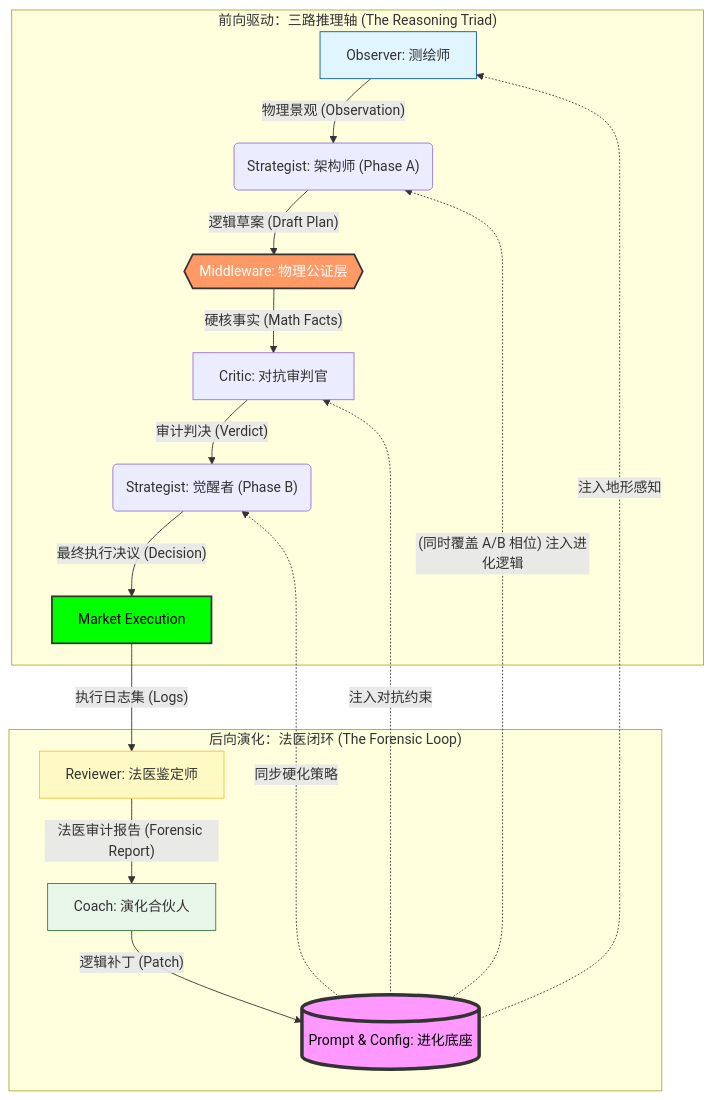
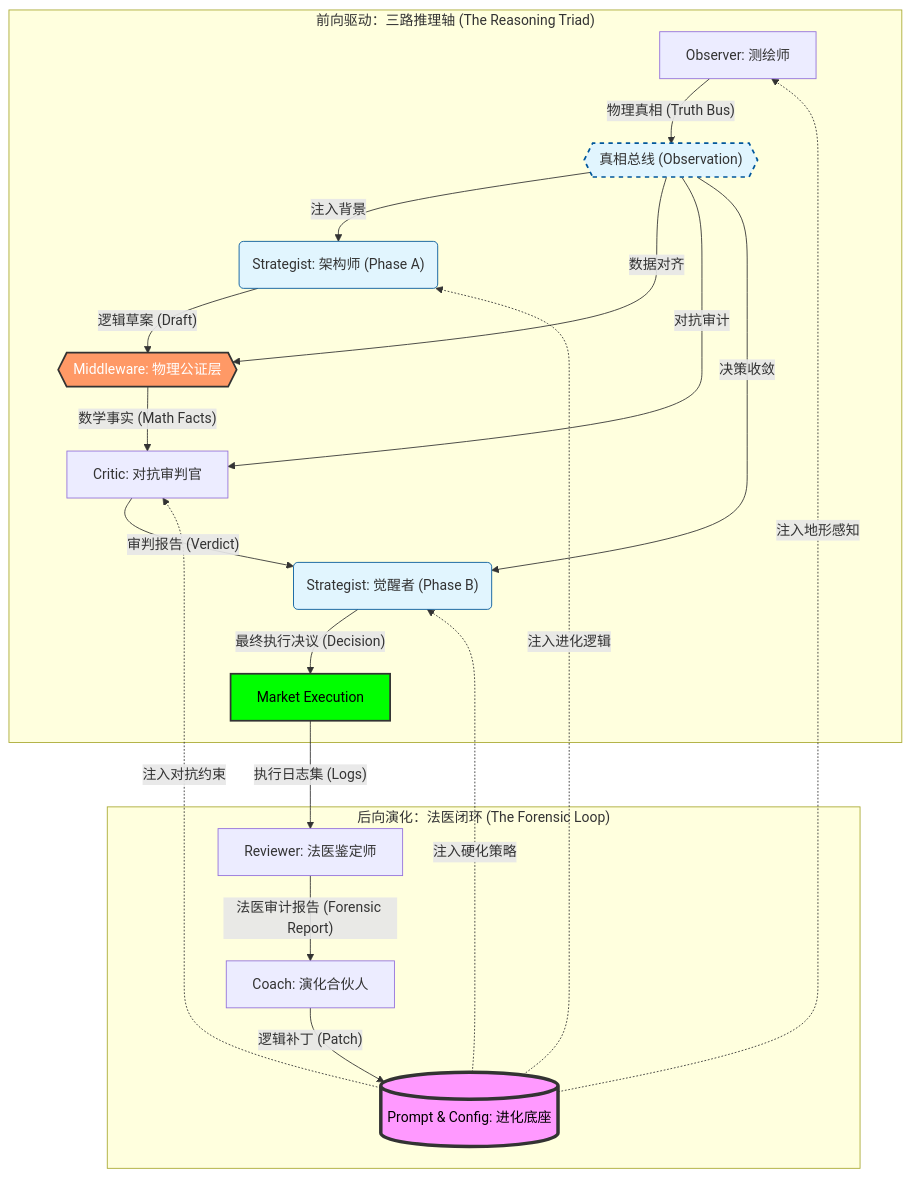
Before and after one commit to jiangyang5157/binary-star: the diagram in README.md, drawn with Mermaid. The commit also changed other lines of this file, not shown here.

````diff
--- a/README.md
+++ b/README.md
@@ -13,32 +13,37 @@
 ```mermaid
 graph TD
-    %% 前向三路推理回路
+    %% 前向驱动：三路推理轴 (The Reasoning Triad)
     subgraph "前向驱动：三路推理轴 (The Reasoning Triad)"
-        A["Observer: 测绘师"] -->|"物理景观 (Observation)"| B("Strategist: 架构师 (Phase A)")
-        B -->|"逻辑草案 (Draft Plan)"| C{{"Middleware: 物理公证层"}}
-        C -->|"硬核事实 (Math Facts)"| D["Critic: 对抗审判官"]
-        D -->|"审计判决 (Verdict)"| E("Strategist: 觉醒者 (Phase B)")
-        E -->|"最终执行决议 (Decision)"| F["Market Execution"]
+        A["Observer: 测绘师"] -- "物理真相 (Truth Bus)" --> TB{{"真相总线 (Observation)"}}
+        
+        TB -- "注入背景" --> B1("Strategist: 架构师 (Phase A)")
+        B1 -- "逻辑草案 (Draft)" --> C{{"Middleware: 物理公证层"}}
+        TB -- "数据对齐" --> C
+        C -- "数学事实 (Math Facts)" --> D["Critic: 对抗审判官"]
+        TB -- "对抗审计" --> D
+        D -- "审判报告 (Verdict)" --> B2("Strategist: 觉醒者 (Phase B)")
+        TB -- "决策收敛" --> B2
+        B2 -- "最终执行决议 (Decision)" --> F["Market Execution"]
     end
 
     %% 后向法医演化回路
     subgraph "后向演化：法医闭环 (The Forensic Loop)"
         F -->|"执行日志集 (Logs)"| G["Reviewer: 法医鉴定师"]
         G -->|"法医审计报告 (Forensic Report)"| H["Coach: 演化合伙人"]
         H -->|"逻辑补丁 (Patch)"| I[("Prompt & Config: 进化底座")]
     end
 
     %% 关键进化路径映射：修复逻辑断裂
     I -.->|"注入地形感知"| A
-    I -.->|"(同时覆盖 A/B 相位) 注入进化逻辑"| B
-    I -.->|"同步硬化策略"| E
+    I -.->|"注入进化逻辑"| B1
     I -.->|"注入对抗约束"| D
+    I -.->|"注入硬化策略"| B2
 
     %% 节点样式美化 (法医级配色)
     style C fill:#f96,stroke:#333,stroke-width:2px,color:#fff
+    style TB fill:#e1f5fe,stroke:#01579b,stroke-width:2px,stroke-dasharray: 5 5
     style F fill:#00ff00,stroke:#333,stroke-width:2px,color:#000
     style I fill:#f9f,stroke:#333,stroke-width:4px,color:#000
-    style A fill:#e1f5fe,stroke:#01579b
-    style G fill:#fff9c4,stroke:#fbc02d
-    style H fill:#e8f5e9,stroke:#2e7d32
+    style B1 fill:#e1f5fe,stroke:#01579b
+    style B2 fill:#e1f5fe,stroke:#01579b
 ```
````
